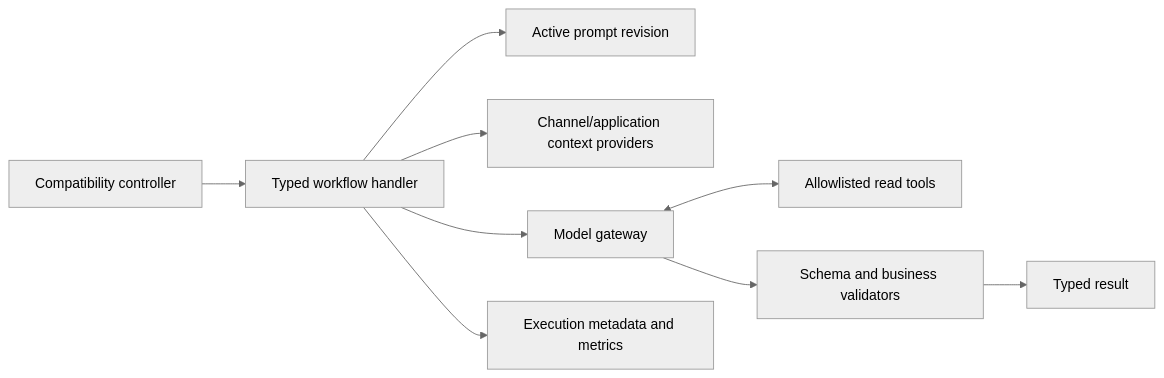
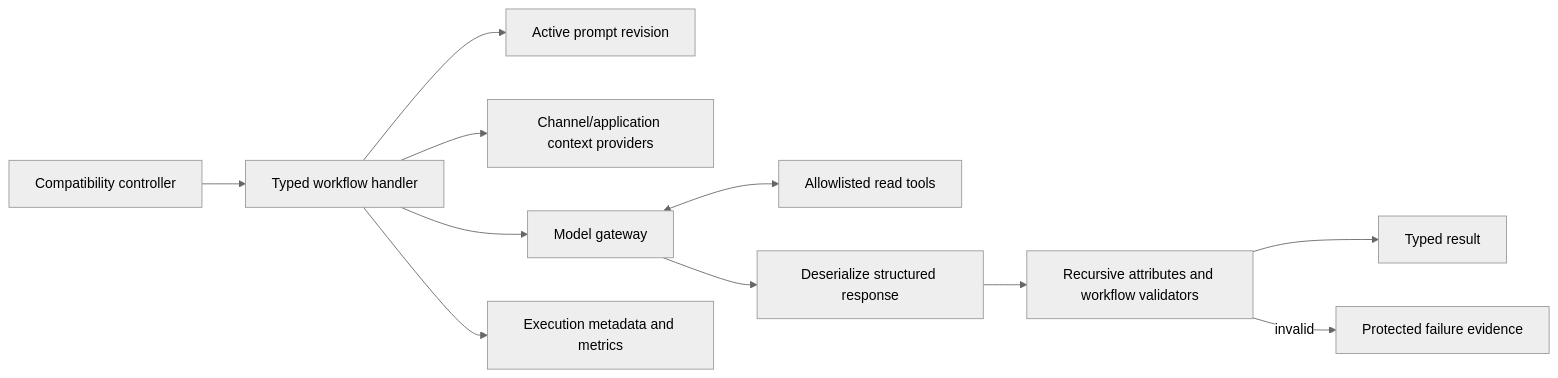
One commit to morganpizzini/MorWalPizVideo changed the second of 3 diagrams in docs/feature-handoffs/ai-prompt-orchestration-handoff.md. Above: the diagram before and after it, drawn with Mermaid (neutral theme). The commit also changed other lines of this file and 1 other file, not shown here.

````diff
--- a/docs/feature-handoffs/ai-prompt-orchestration-handoff.md
+++ b/docs/feature-handoffs/ai-prompt-orchestration-handoff.md
@@ -84,11 +98,13 @@
 ```mermaid
 flowchart LR
     C[Compatibility controller] --> W[Typed workflow handler]
     W --> P[Active prompt revision]
     W --> X[Channel/application context providers]
     W --> G[Model gateway]
     G <--> T[Allowlisted read tools]
-    G --> V[Schema and business validators]
+    G --> D[Deserialize structured response]
+    D --> V[Recursive attributes and workflow validators]
     V --> R[Typed result]
+    V -->|invalid| F[Protected failure evidence]
     W --> E[Execution metadata and metrics]
 ```
````
